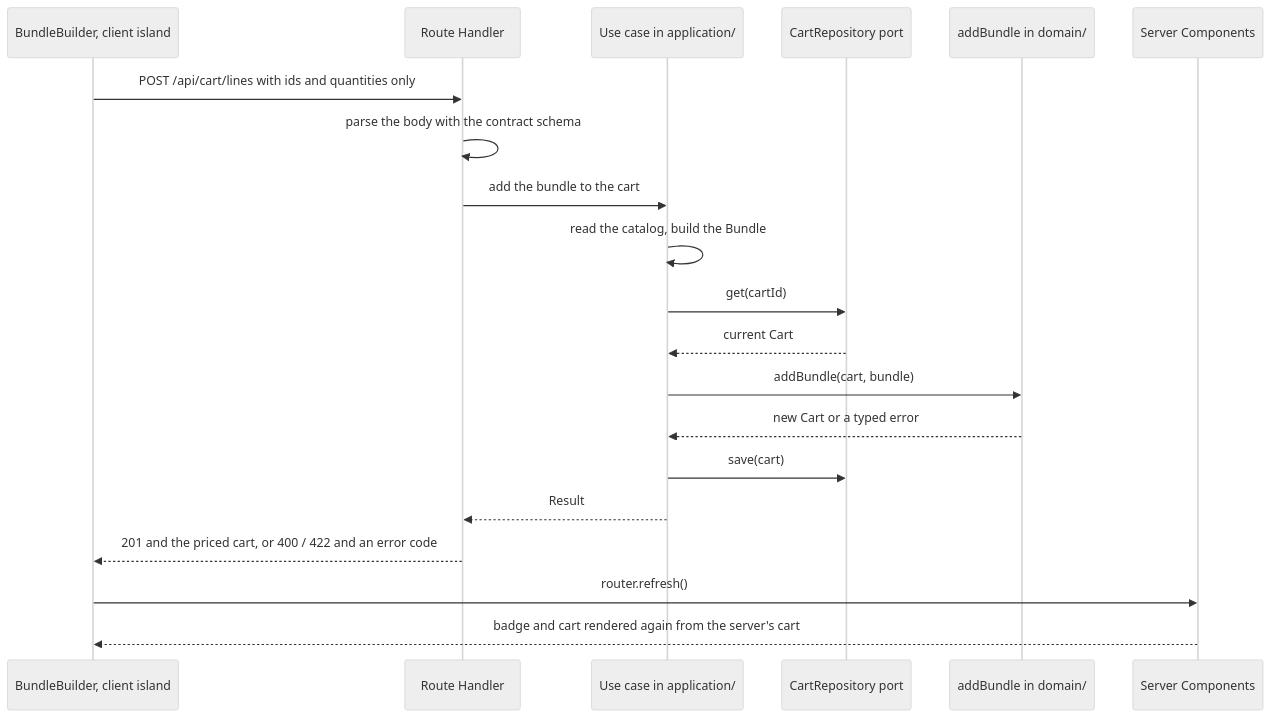
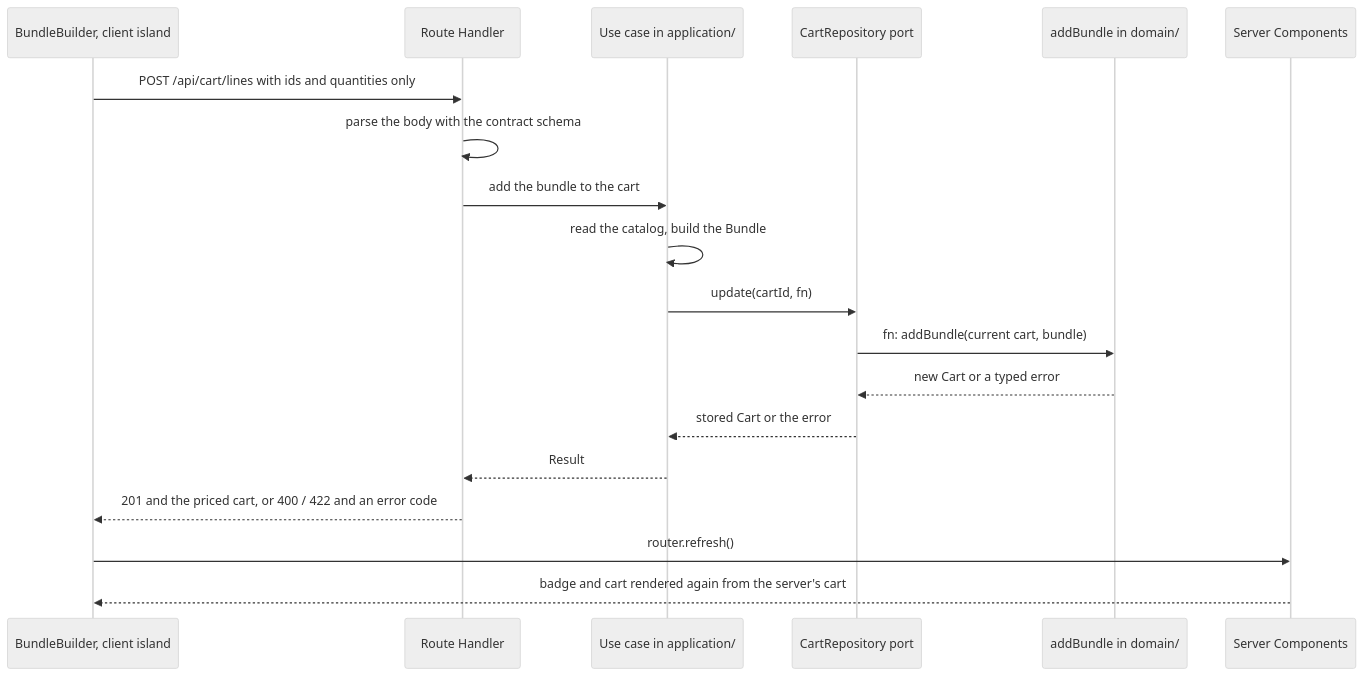
One commit to Fibii/ecommerce-bikes changed the third of 3 diagrams in docs/decisions/0001-architecture.md. Above: the diagram before and after it, drawn with Mermaid (neutral theme). The commit also changed other lines of this file, not shown here.

Commit message:
no-mistakes(document): Update ADR for atomic cart update and reservation key

````diff
--- a/docs/decisions/0001-architecture.md
+++ b/docs/decisions/0001-architecture.md
@@ -87,22 +87,21 @@
 ```mermaid
 sequenceDiagram
   participant B as BundleBuilder, client island
   participant H as Route Handler
   participant U as Use case in application/
   participant R as CartRepository port
   participant D as addBundle in domain/
   participant S as Server Components
   B->>H: POST /api/cart/lines with ids and quantities only
   H->>H: parse the body with the contract schema
   H->>U: add the bundle to the cart
   U->>U: read the catalog, build the Bundle
-  U->>R: get(cartId)
-  R-->>U: current Cart
-  U->>D: addBundle(cart, bundle)
-  D-->>U: new Cart or a typed error
-  U->>R: save(cart)
+  U->>R: update(cartId, fn)
+  R->>D: fn: addBundle(current cart, bundle)
+  D-->>R: new Cart or a typed error
+  R-->>U: stored Cart or the error
   U-->>H: Result
   H-->>B: 201 and the priced cart, or 400 / 422 and an error code
   B->>S: router.refresh()
   S-->>B: badge and cart rendered again from the server's cart
 ```
````
